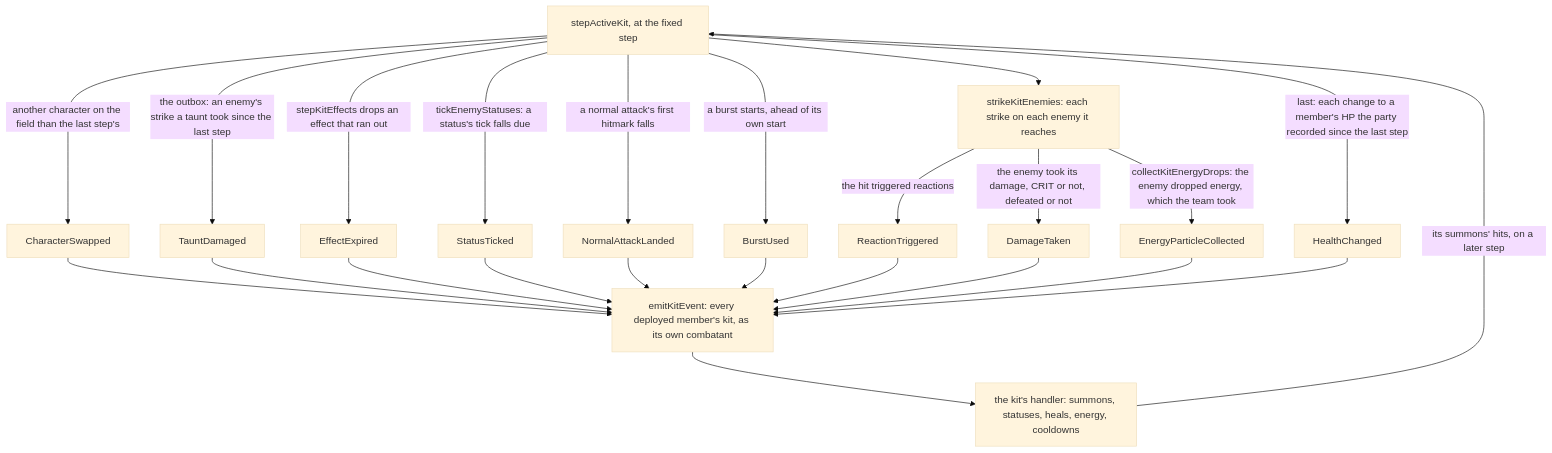
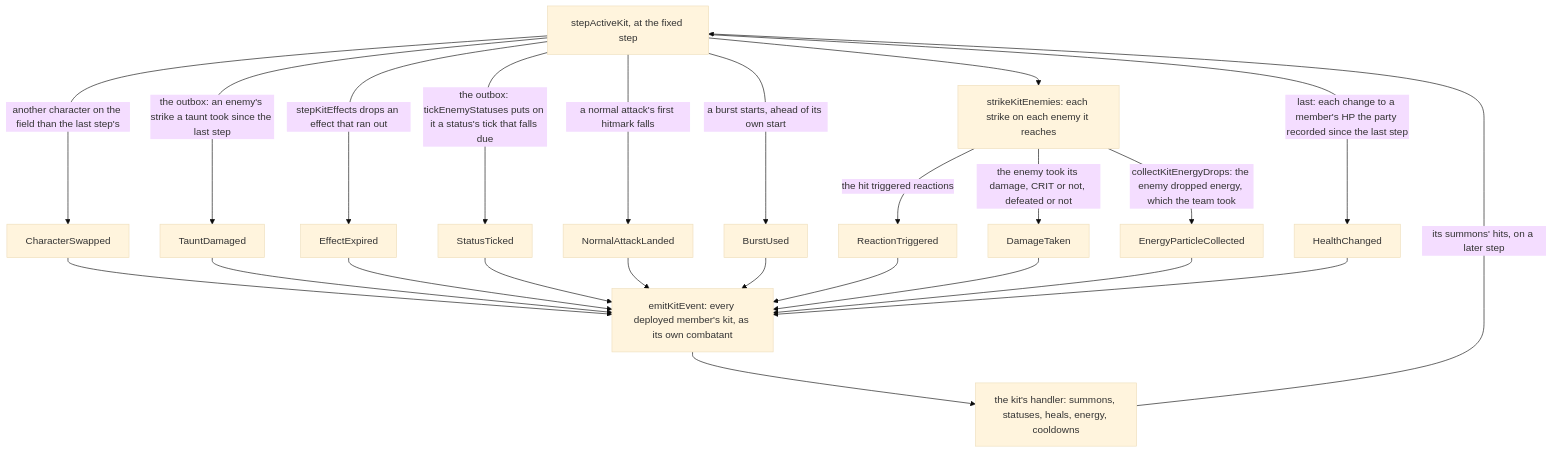
The third of 3 diagrams in apps/web/content/docs/genshin/kits/index.md (Esposter/Esposter), drawn with Mermaid (base theme) before and after one commit. The commit also changed other lines of this file and 71 other files, not shown here.

````diff
--- a/apps/web/content/docs/genshin/kits/index.md
+++ b/apps/web/content/docs/genshin/kits/index.md
@@ -72,26 +72,26 @@
 ```mermaid
 flowchart TD
   STEP["stepActiveKit, at the fixed step"] -->|"another character on the field than the last step's"| SWAP["CharacterSwapped"]
   STEP -->|"the outbox: an enemy's strike a taunt took since the last step"| TAUNT["TauntDamaged"]
   STEP -->|"stepKitEffects drops an effect that ran out"| EXPIRED["EffectExpired"]
-  STEP -->|"tickEnemyStatuses: a status's tick falls due"| TICK["StatusTicked"]
+  STEP -->|"the outbox: tickEnemyStatuses puts on it a status's tick that falls due"| TICK["StatusTicked"]
   STEP -->|"a normal attack's first hitmark falls"| LANDED["NormalAttackLanded"]
   STEP -->|"a burst starts, ahead of its own start"| BURST["BurstUsed"]
   STEP --> STRIKES["strikeKitEnemies: each strike on each enemy it reaches"]
   STRIKES -->|"the hit triggered reactions"| REACTION["ReactionTriggered"]
   STRIKES -->|"the enemy took its damage, CRIT or not, defeated or not"| DAMAGE["DamageTaken"]
   STRIKES -->|"collectKitEnergyDrops: the enemy dropped energy, which the team took"| PARTICLE["EnergyParticleCollected"]
   STEP -->|"last: each change to a member's HP the party recorded since the last step"| HEALTH["HealthChanged"]
   SWAP --> EMIT["emitKitEvent: every deployed member's kit, as its own combatant"]
   TAUNT --> EMIT
   EXPIRED --> EMIT
   TICK --> EMIT
   LANDED --> EMIT
   BURST --> EMIT
   REACTION --> EMIT
   DAMAGE --> EMIT
   PARTICLE --> EMIT
   HEALTH --> EMIT
   EMIT --> EFFECTS["the kit's handler: summons, statuses, heals, energy, cooldowns"]
   EFFECTS -->|"its summons' hits, on a later step"| STEP
 ```
````
